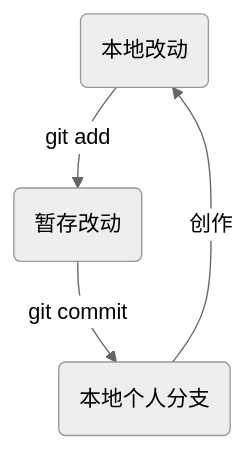
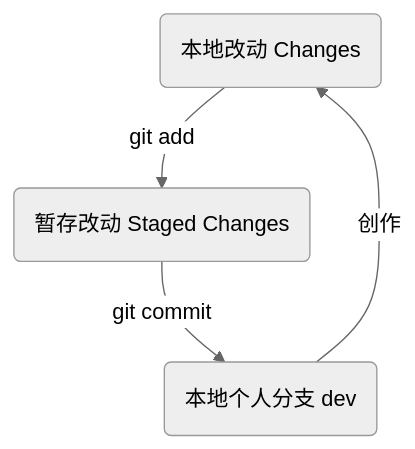
Before and after one commit to OmooLab/omoolab: the second of 3 diagrams in notes/git.md, drawn with Mermaid (neutral theme). The commit also changed other lines of this file, not shown here.

Commit message:
Refactor git.md for improved clarity and organization; remove unnecessary mermaid diagram and enhance flowchart labels

````diff
--- a/notes/git.md
+++ b/notes/git.md
@@ -166,10 +132,10 @@
 ```mermaid
 flowchart TD
-  changes(本地改动)
-  staged(暂存改动)
-  dev(本地个人分支)
+  changes(本地改动 Changes)
+  staged(暂存改动 Staged Changes)
+  dev(本地个人分支 dev)
   
   changes -- git add --> staged
   staged -- git commit --> dev
   dev -- 创作 --> changes
 ```
````
